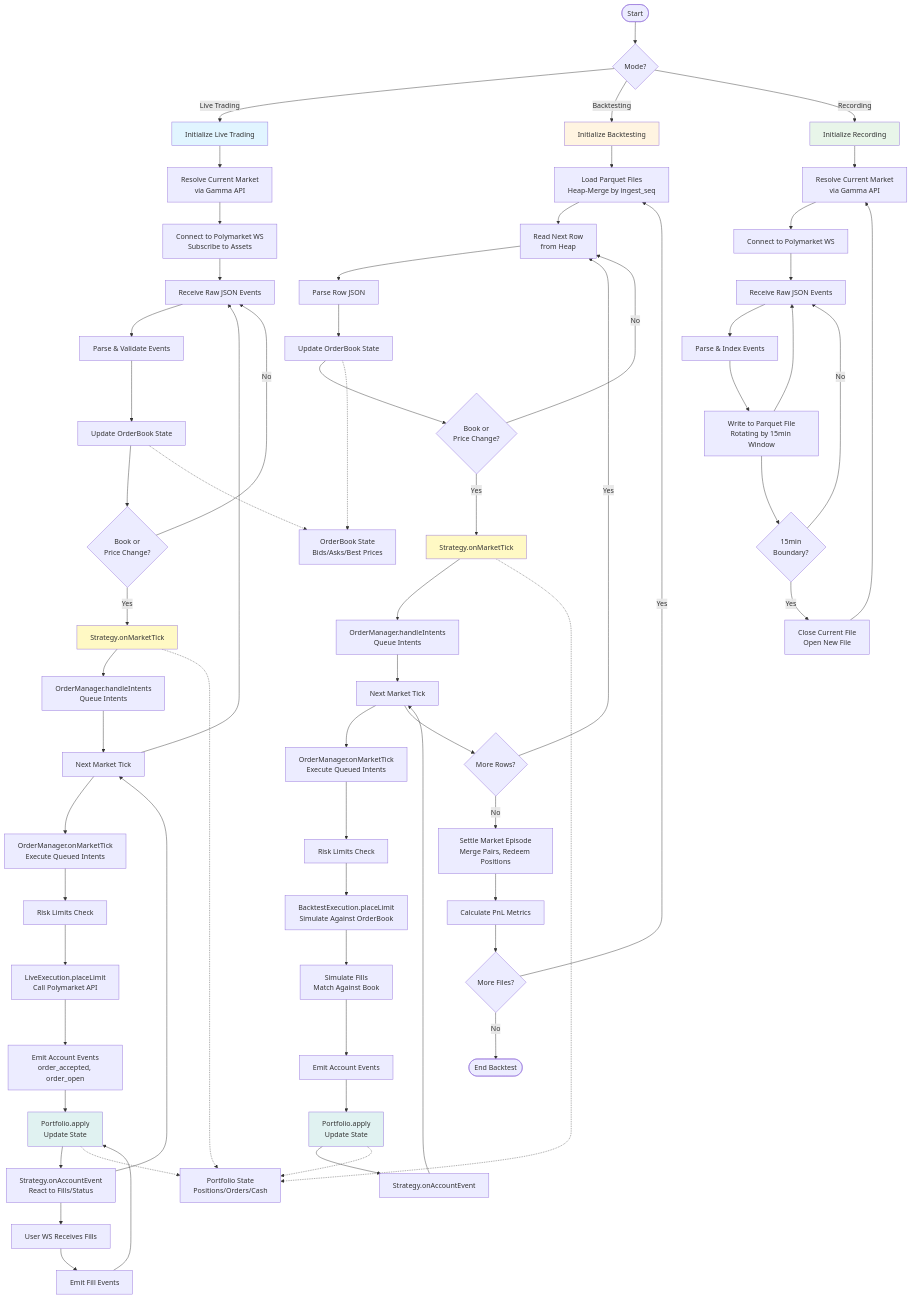
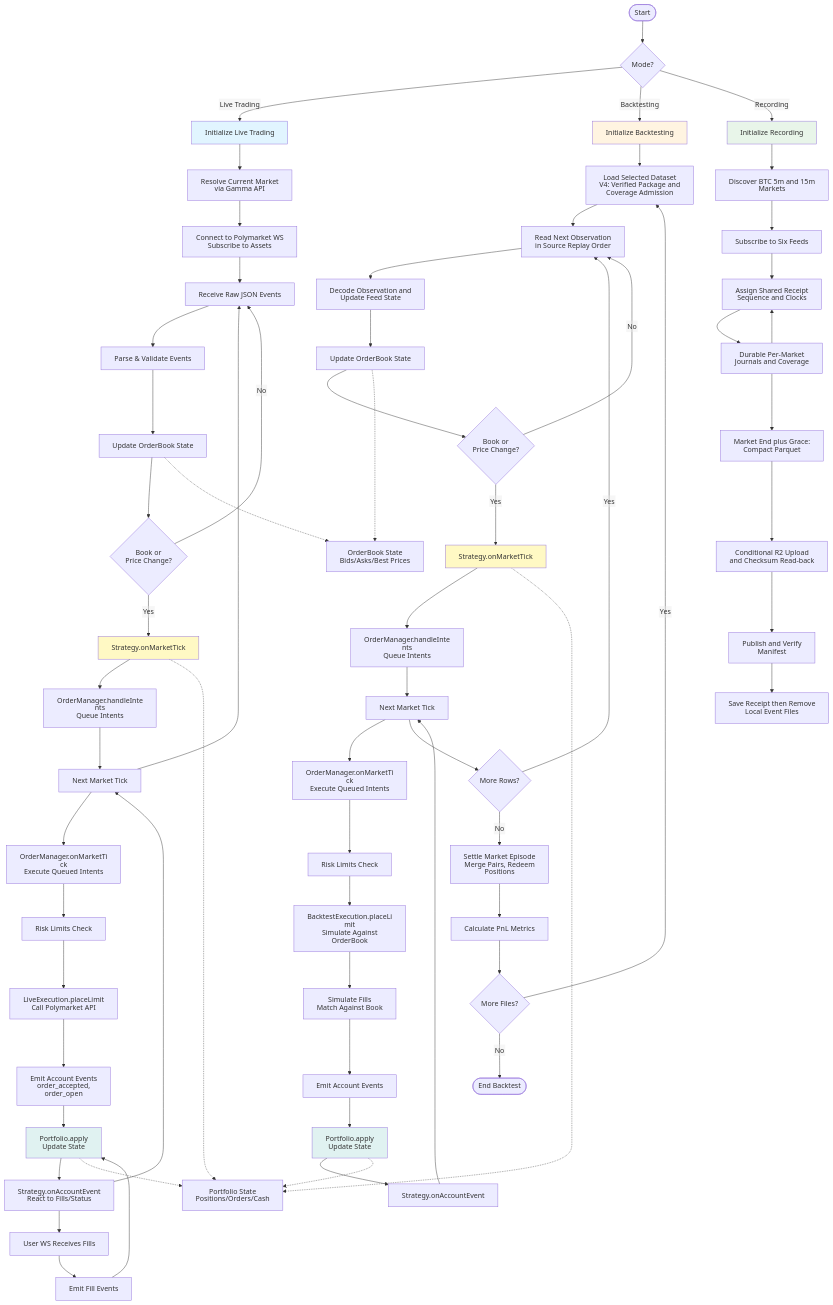
Before and after one commit to ivanmijatovic89/polymarket-bot: the second of 2 diagrams in docs/other/architecture.md, drawn with Mermaid. The commit also changed other lines of this file and 31 other files, not shown here.

````diff
--- a/docs/other/architecture.md
+++ b/docs/other/architecture.md
@@ -120,4 +121,5 @@
 ```mermaid
+%%{init: {"htmlLabels": false}}%%
 flowchart TD
     Start([Start]) --> Mode{Mode?}
 
@@ -152,9 +154,9 @@
     NextTick1 --> ReceiveEvents1
 
     %% Backtesting Flow
-    BacktestMode --> LoadParquet[Load Parquet Files<br/>Heap-Merge by ingest_seq]
-    LoadParquet --> ReadRow[Read Next Row<br/>from Heap]
-    ReadRow --> ParseRow[Parse Row JSON]
+    BacktestMode --> LoadParquet[Load Selected Dataset<br/>V4: Verified Package and Coverage Admission]
+    LoadParquet --> ReadRow[Read Next Observation<br/>in Source Replay Order]
+    ReadRow --> ParseRow[Decode Observation and Update Feed State]
     ParseRow --> UpdateOrderBook2[Update OrderBook State]
     UpdateOrderBook2 --> Tick2{Book or<br/>Price Change?}
     Tick2 -->|Yes| StrategyTick2[Strategy.onMarketTick]
@@ -180,18 +182,15 @@
     NextFile -->|No| EndBacktest([End Backtest])
 
     %% Recording Flow
-    RecordMode --> ResolveAssets2[Resolve Current Market<br/>via Gamma API]
-    ResolveAssets2 --> ConnectWS2[Connect to Polymarket WS]
-    ConnectWS2 --> ReceiveEvents2[Receive Raw JSON Events]
-    ReceiveEvents2 --> ParseEvents2[Parse & Index Events]
-    ParseEvents2 --> WriteParquet[Write to Parquet File<br/>Rotating by 15min Window]
-    WriteParquet --> ReceiveEvents2
-
-    WriteParquet --> Boundary{15min<br/>Boundary?}
-    Boundary -->|Yes| RotateFile[Close Current File<br/>Open New File]
-    RotateFile --> ResolveAssets2
-
-    Boundary -->|No| ReceiveEvents2
+    RecordMode --> ResolveAssets2[Discover BTC 5m and 15m Markets]
+    ResolveAssets2 --> ConnectWS2[Subscribe to Six Feeds]
+    ConnectWS2 --> ReceiveEvents2[Assign Shared Receipt Sequence and Clocks]
+    ReceiveEvents2 --> Journal[Durable Per-Market Journals and Coverage]
+    Journal --> ReceiveEvents2
+    Journal --> Finalize[Market End plus Grace: Compact Parquet]
+    Finalize --> Archive[Conditional R2 Upload and Checksum Read-back]
+    Archive --> Manifest[Publish and Verify Manifest]
+    Manifest --> Cleanup[Save Receipt then Remove Local Event Files]
 
     %% Common Components
     UpdateOrderBook1 -.-> OrderBook[OrderBook State<br/>Bids/Asks/Best Prices]
````
